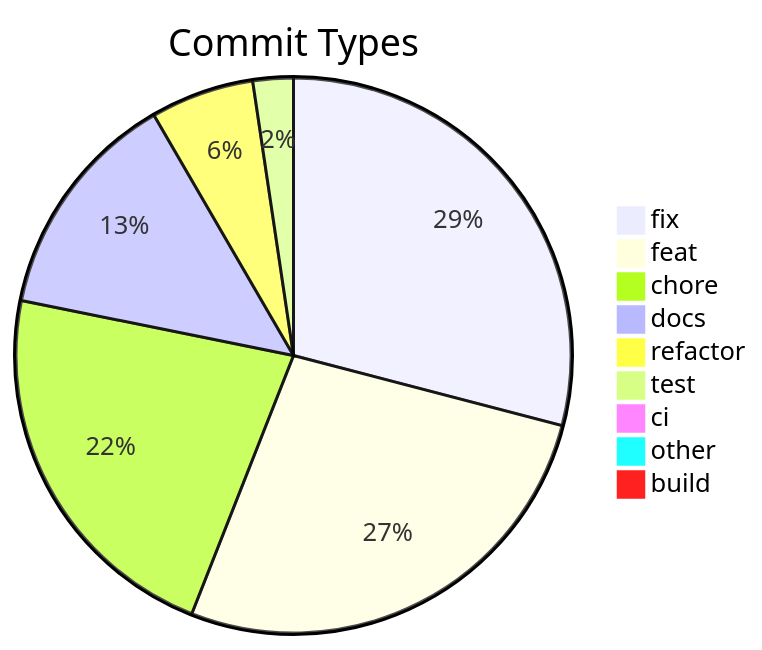
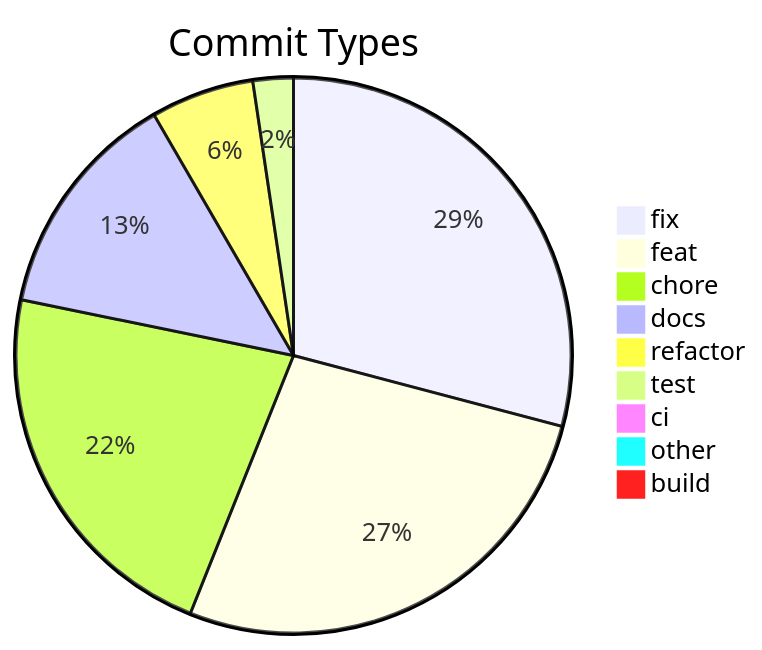
The diagram in .shipwright/compliance/change-history.md (svenroth-ai/shipwright), drawn with Mermaid before and after one commit. The commit also changed other lines of this file and 29 other files, not shown here.

````diff
--- a/.shipwright/compliance/change-history.md
+++ b/.shipwright/compliance/change-history.md
@@ -8,12 +8,12 @@
 ```mermaid
 pie title Commit Types
-    "fix" : 309
-    "feat" : 286
+    "fix" : 310
+    "feat" : 287
     "chore" : 236
     "docs" : 143
     "refactor" : 64
     "test" : 25
     "ci" : 8
     "other" : 7
     "build" : 1
 ```
````
